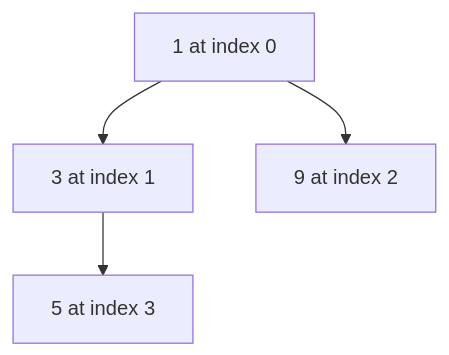
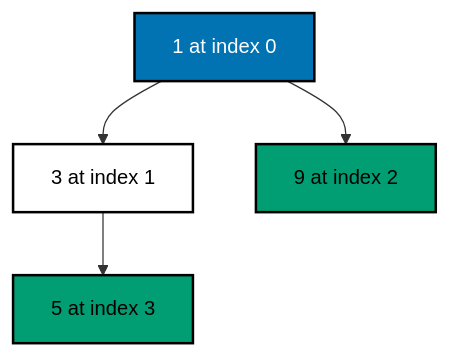
The third of 3 diagrams in drill/system-design-algos/in-python/algo_04_heap.md (wahidyankf/grind-in-public), drawn with Mermaid before and after one commit. The commit also changed other lines of this file and 22 other files, not shown here.

First line of the commit message:
docs: use accessible palette in mermaid diagrams

````diff
--- a/drill/system-design-algos/in-python/algo_04_heap.md
+++ b/drill/system-design-algos/in-python/algo_04_heap.md
@@ -73,10 +101,22 @@
 ```mermaid
 flowchart TD
   accTitle: Min-heap after pushes 5, 1, 9, 3
   accDescr {
     The smallest item, 1, is at the top. Each parent is smaller than its children.
   }
   A["1 at index 0"] --> B["3 at index 1"]
   A --> C["9 at index 2"]
   B --> D["5 at index 3"]
+  classDef default fill:#FFFFFF,stroke:#000000,color:#000000,stroke-width:2px
+  classDef blue fill:#0173B2,stroke:#000000,color:#FFFFFF,stroke-width:2px
+  classDef orange fill:#DE8F05,stroke:#000000,color:#000000,stroke-width:2px
+  classDef teal fill:#029E73,stroke:#000000,color:#000000,stroke-width:2px
+  class A blue
+  class C,D teal
+  classDef default fill:#FFFFFF,stroke:#000000,color:#000000,stroke-width:2px
+  classDef blue fill:#0173B2,stroke:#000000,color:#FFFFFF,stroke-width:2px
+  classDef orange fill:#DE8F05,stroke:#000000,color:#000000,stroke-width:2px
+  classDef teal fill:#029E73,stroke:#000000,color:#000000,stroke-width:2px
+  class A blue
+  class C,D teal
 ```
````
